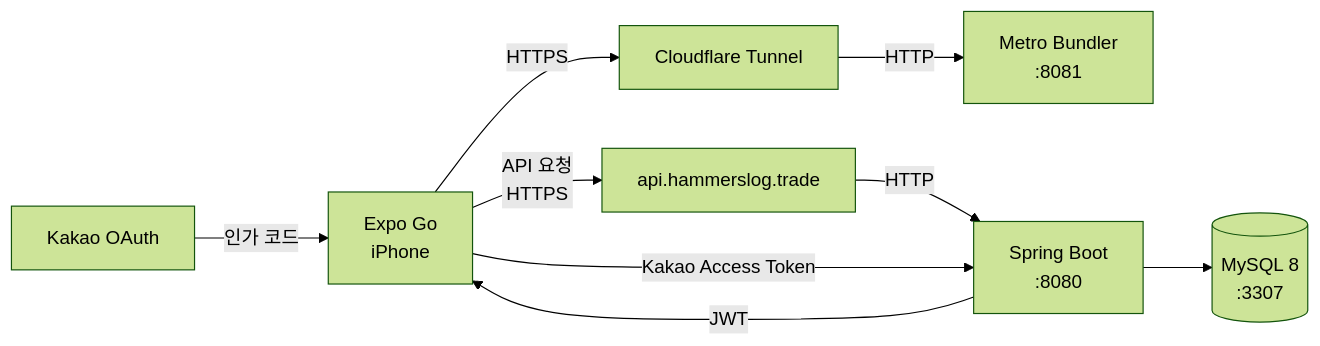
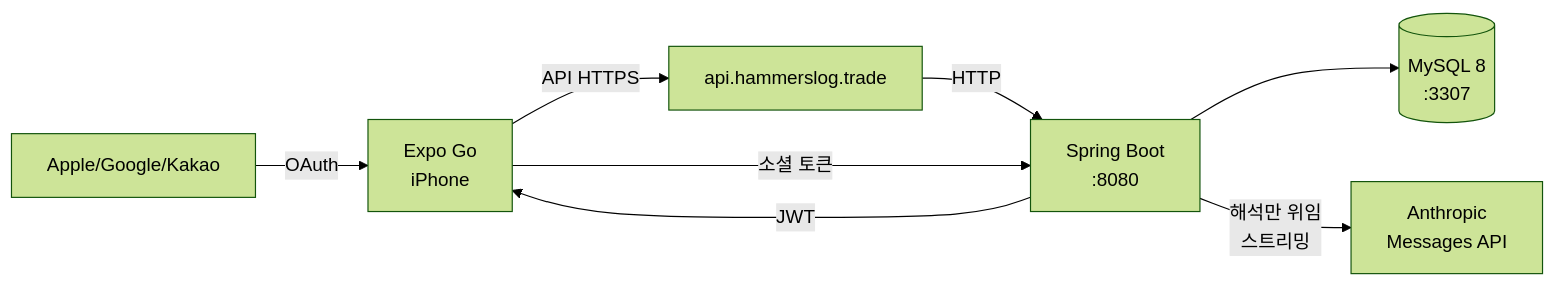
One commit to seunghw2/gymtracker changed the diagram in README.md. Above: the diagram before and after it, drawn with Mermaid (forest theme). The commit also changed other lines of this file and 1 other file, not shown here.

First line of the commit message:
Docs: overhaul README + refresh ROADMAP for current app

````diff
--- a/README.md
+++ b/README.md
@@ -87,13 +91,10 @@
 ```mermaid
 graph LR
-    A[Expo Go<br/>iPhone] -->|HTTPS| B[Cloudflare Tunnel]
-    B -->|HTTP| C[Metro Bundler<br/>:8081]
-
-    A -->|API 요청<br/>HTTPS| D[api.hammerslog.trade]
+    A[Expo Go<br/>iPhone] -->|API HTTPS| D[api.hammerslog.trade]
     D -->|HTTP| E[Spring Boot<br/>:8080]
     E --> F[(MySQL 8<br/>:3307)]
-
-    G[Kakao OAuth] -->|인가 코드| A
-    A -->|Kakao Access Token| E
+    E -->|해석만 위임<br/>스트리밍| G[Anthropic<br/>Messages API]
+    H[Apple/Google/Kakao] -->|OAuth| A
+    A -->|소셜 토큰| E
     E -->|JWT| A
 ```
````
